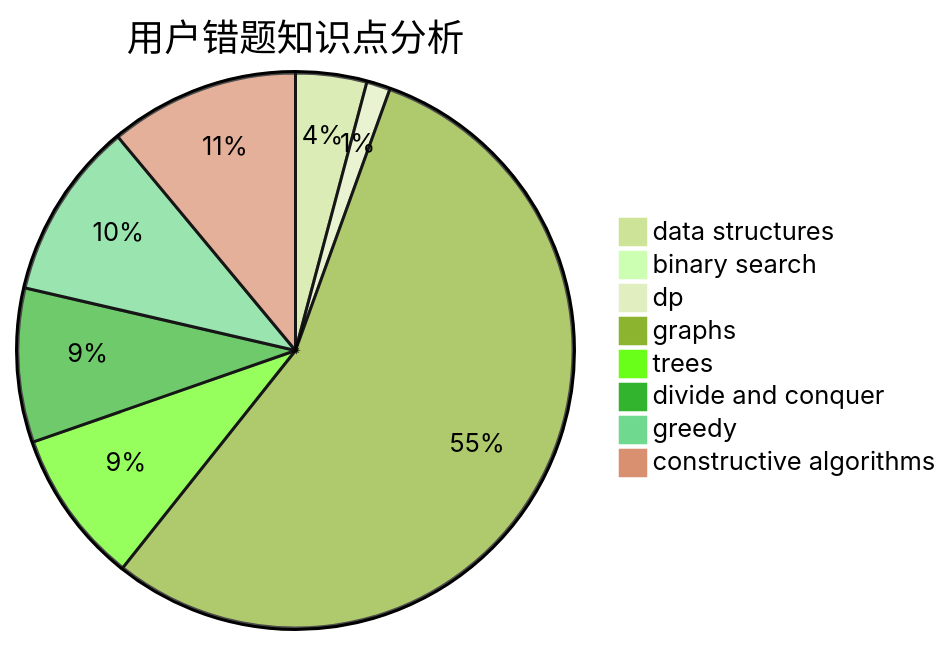
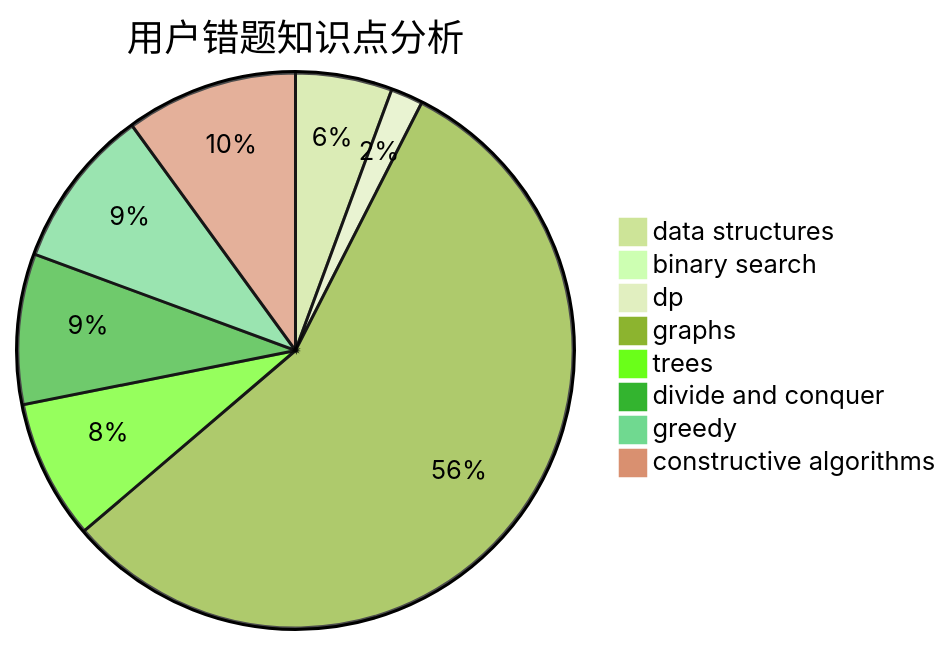
The third of 3 diagrams in docs/user/u2226.md (sherpahu/cfrs.github.io), drawn with Mermaid (forest theme) before and after one commit. The commit also changed other lines of this file and 2770 other files, not shown here.

````diff
--- a/docs/user/u2226.md
+++ b/docs/user/u2226.md
@@ -36,11 +36,11 @@
 ```mermaid
 pie title 用户错题知识点分析
-    "data structures" :  6
+    "data structures" :  9
     "binary search" :  1
-    "dp" :  2
-    "graphs" :  80
+    "dp" :  3
+    "graphs" :  90
     "trees" :  13
-    "divide and conquer" :  13
+    "divide and conquer" :  14
     "greedy" :  15
     "constructive algorithms" :  16
 ```
````
